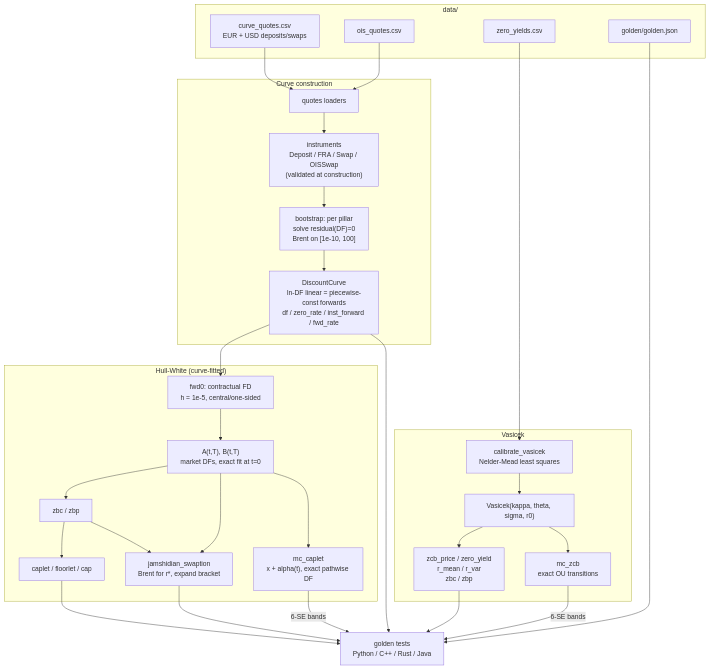
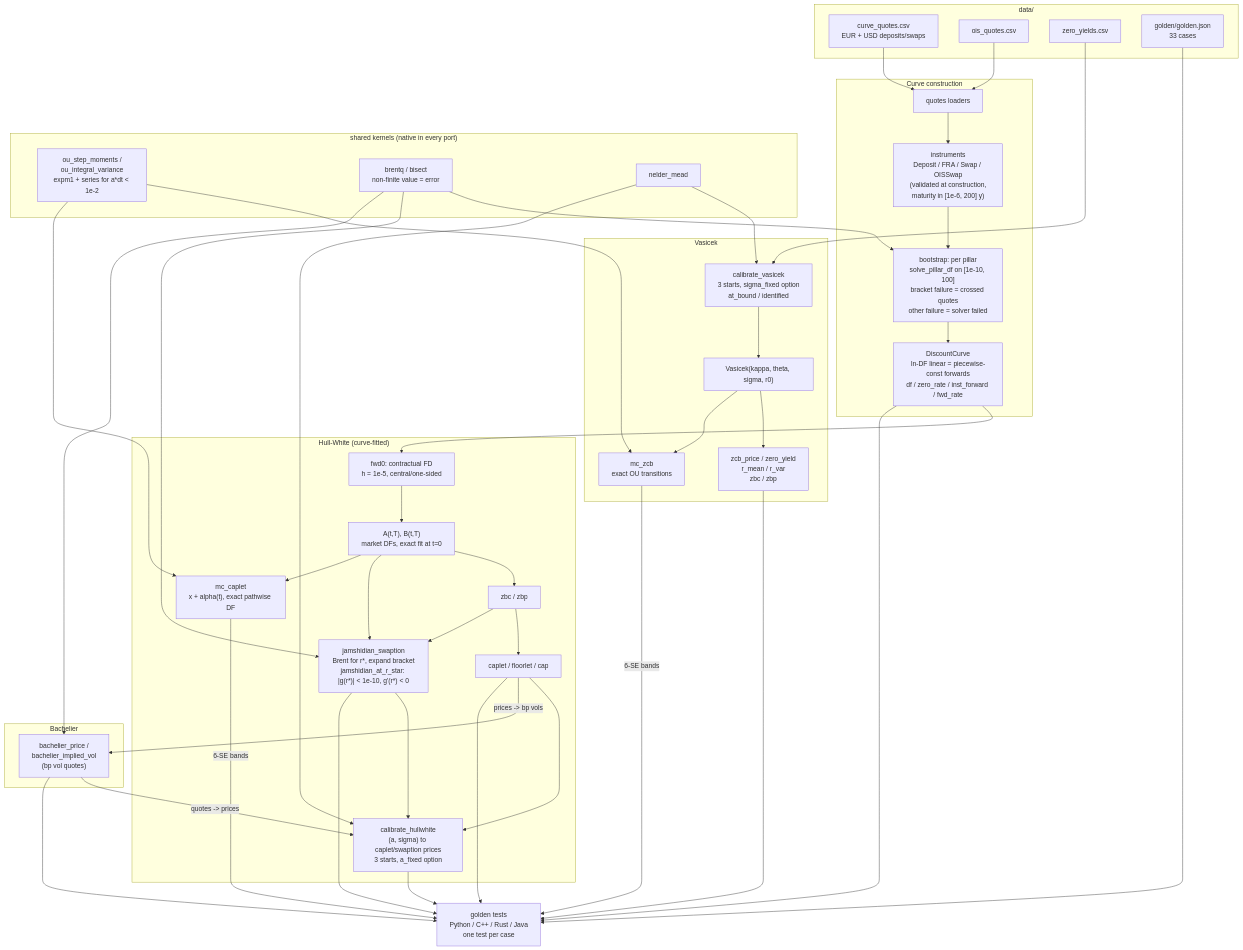
The diagram in docs/diagrams/pricing_data_flow.mmd (AshJha0/interest-rate-models), drawn with Mermaid before and after one commit. The commit also changed 102 other files, not shown here.

Commit message:
Review 2026-09-06: correctness fixes, edge-case tests, references, docs site

```diff
--- a/docs/diagrams/pricing_data_flow.mmd
+++ b/docs/diagrams/pricing_data_flow.mmd
@@ -1,41 +1,64 @@
 flowchart TD
   subgraph data["data/"]
     CQ[curve_quotes.csv<br/>EUR + USD deposits/swaps]
     OQ[ois_quotes.csv]
     ZY[zero_yields.csv]
-    GJ[golden/golden.json]
+    GJ[golden/golden.json<br/>33 cases]
   end
 
   subgraph curvebuild["Curve construction"]
-    L[quotes loaders] --> INS["instruments<br/>Deposit / FRA / Swap / OISSwap<br/>(validated at construction)"]
-    INS --> BS["bootstrap: per pillar<br/>solve residual(DF)=0<br/>Brent on [1e-10, 100]"]
+    L[quotes loaders] --> INS["instruments<br/>Deposit / FRA / Swap / OISSwap<br/>(validated at construction,<br/>maturity in [1e-6, 200] y)"]
+    INS --> BS["bootstrap: per pillar<br/>solve_pillar_df on [1e-10, 100]<br/>bracket failure = crossed quotes<br/>other failure = solver failed"]
     BS --> DC["DiscountCurve<br/>ln-DF linear = piecewise-const forwards<br/>df / zero_rate / inst_forward / fwd_rate"]
   end
 
   CQ --> L
   OQ --> L
 
   subgraph vas["Vasicek"]
-    CAL["calibrate_vasicek<br/>Nelder-Mead least squares"] --> VM["Vasicek(kappa, theta, sigma, r0)"]
+    CAL["calibrate_vasicek<br/>3 starts, sigma_fixed option<br/>at_bound / identified"] --> VM["Vasicek(kappa, theta, sigma, r0)"]
     VM --> VP["zcb_price / zero_yield<br/>r_mean / r_var<br/>zbc / zbp"]
     VM --> VMC["mc_zcb<br/>exact OU transitions"]
   end
   ZY --> CAL
 
   subgraph hw["Hull-White (curve-fitted)"]
     DC --> FWD["fwd0: contractual FD<br/>h = 1e-5, central/one-sided"]
     FWD --> AB["A(t,T), B(t,T)<br/>market DFs, exact fit at t=0"]
     AB --> OPT["zbc / zbp"]
     OPT --> CAPS["caplet / floorlet / cap"]
-    AB --> JAM["jamshidian_swaption<br/>Brent for r*, expand bracket"]
+    AB --> JAM["jamshidian_swaption<br/>Brent for r*, expand bracket<br/>jamshidian_at_r_star: |g(r*)| < 1e-10, g'(r*) < 0"]
     OPT --> JAM
     AB --> HMC["mc_caplet<br/>x + alpha(t), exact pathwise DF"]
+    CAPS --> HCAL["calibrate_hullwhite<br/>(a, sigma) to caplet/swaption prices<br/>3 starts, a_fixed option"]
+    JAM --> HCAL
   end
 
-  VP --> TESTS["golden tests<br/>Python / C++ / Rust / Java"]
+  subgraph normal["Bachelier"]
+    BACH["bachelier_price /<br/>bachelier_implied_vol<br/>(bp vol quotes)"]
+  end
+  BACH -- "quotes -> prices" --> HCAL
+  CAPS -- "prices -> bp vols" --> BACH
+
+  subgraph kern["shared kernels (native in every port)"]
+    OU["ou_step_moments /<br/>ou_integral_variance<br/>expm1 + series for a*dt < 1e-2"]
+    RF["brentq / bisect<br/>non-finite value = error"]
+    NM["nelder_mead"]
+  end
+  OU --> VMC
+  OU --> HMC
+  RF --> BS
+  RF --> JAM
+  RF --> BACH
+  NM --> CAL
+  NM --> HCAL
+
+  VP --> TESTS["golden tests<br/>Python / C++ / Rust / Java<br/>one test per case"]
   CAPS --> TESTS
   JAM --> TESTS
+  HCAL --> TESTS
+  BACH --> TESTS
   DC --> TESTS
   VMC -- "6-SE bands" --> TESTS
   HMC -- "6-SE bands" --> TESTS
   GJ --> TESTS
```
